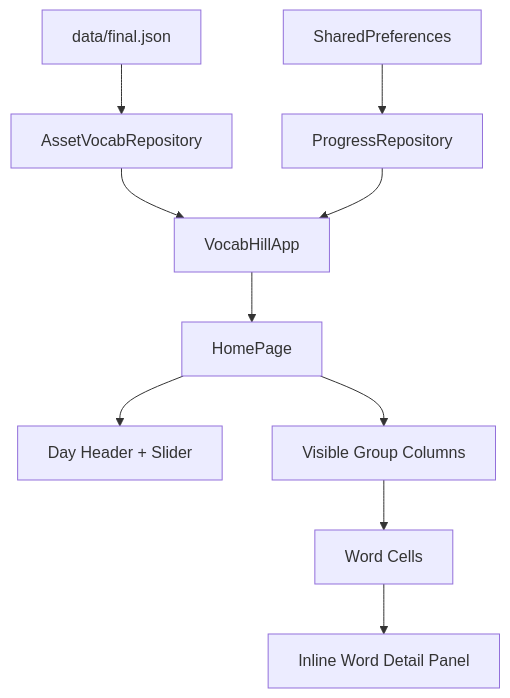
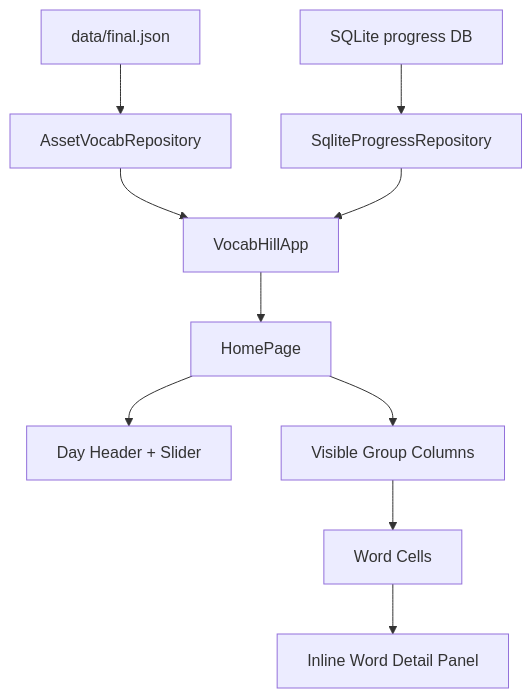
Before and after one commit to desertSniper87/vocab-hill: the diagram in docs/2-architecture/README.md, drawn with Mermaid. The commit also changed other lines of this file and 13 other files, not shown here.

````diff
--- a/docs/2-architecture/README.md
+++ b/docs/2-architecture/README.md
@@ -11,12 +11,12 @@
 ```mermaid
 flowchart TD
     A["data/final.json"] --> B["AssetVocabRepository"]
-    P["SharedPreferences"] --> Q["ProgressRepository"]
+    P["SQLite progress DB"] --> Q["SqliteProgressRepository"]
     B --> C["VocabHillApp"]
     Q --> C
     C --> D["HomePage"]
     D --> E["Day Header + Slider"]
     D --> F["Visible Group Columns"]
     F --> G["Word Cells"]
     G --> H["Inline Word Detail Panel"]
 ```
````
